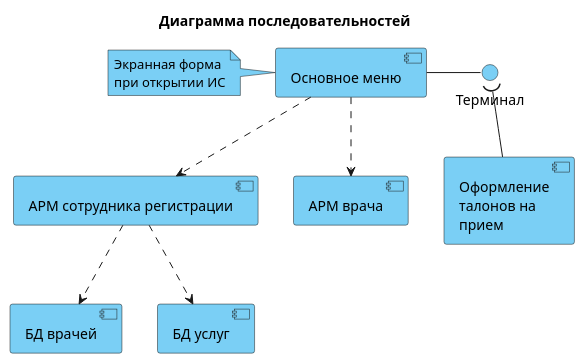
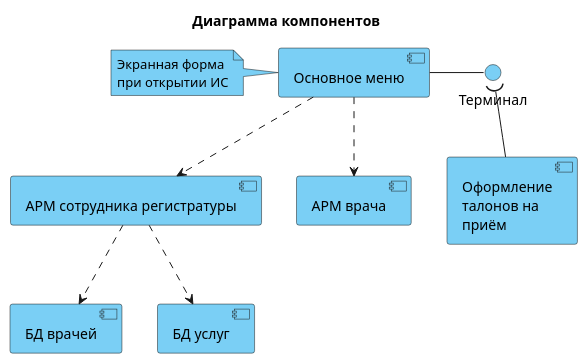
The diagram in Практикум/components.pu (MoKlay/doc-material), drawn with PlantUML before and after one commit. The commit also changed 14 other files, not shown here.

Commit message:
диаграмма коммуникации

```diff
--- a/Практикум/components.pu
+++ b/Практикум/components.pu
@@ -1,30 +1,30 @@
 @startuml components
-title Диаграмма последовательностей
+title Диаграмма компонентов
 
 skinparam component {
     BackgroundColor #7acff5
 }
 skinparam note {
     BackgroundColor #7acff5
 }
 
 
 
 
 component "Основное меню" as Menu
-component "АРМ сотрудника регистрации" as ARM1
+component "АРМ сотрудника регистратуры" as ARM1
 component "АРМ врача" as ARM2
 component "БД врачей" as DB1
 component "БД услуг" as DB2
 circle Терминал #7acff5
-component "Оформление\nталонов на\nприем" as Talon
+component "Оформление\nталонов на\nприём" as Talon
 note left of Menu :Экранная форма\nпри открытии ИС 
 
 Menu ..> ARM1
 Menu ..> ARM2
 Menu - Терминал
 Терминал )-- Talon
 ARM1 ..> DB1
 ARM1 ..> DB2
 
 @enduml
```
